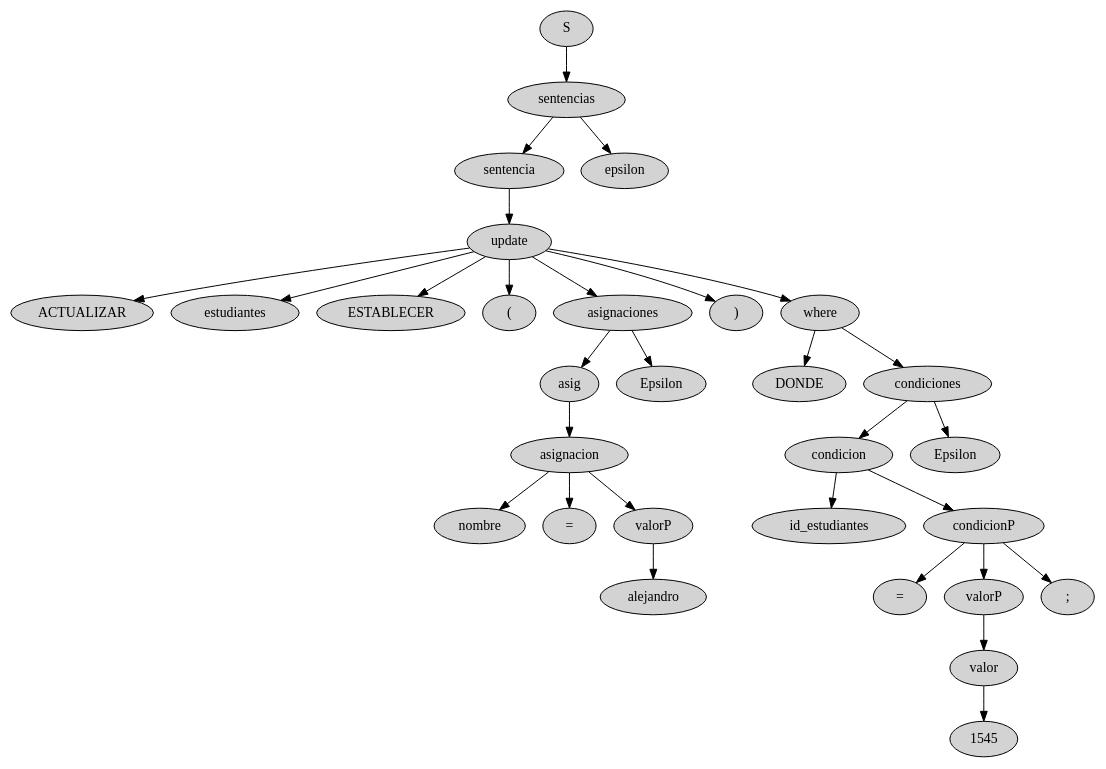
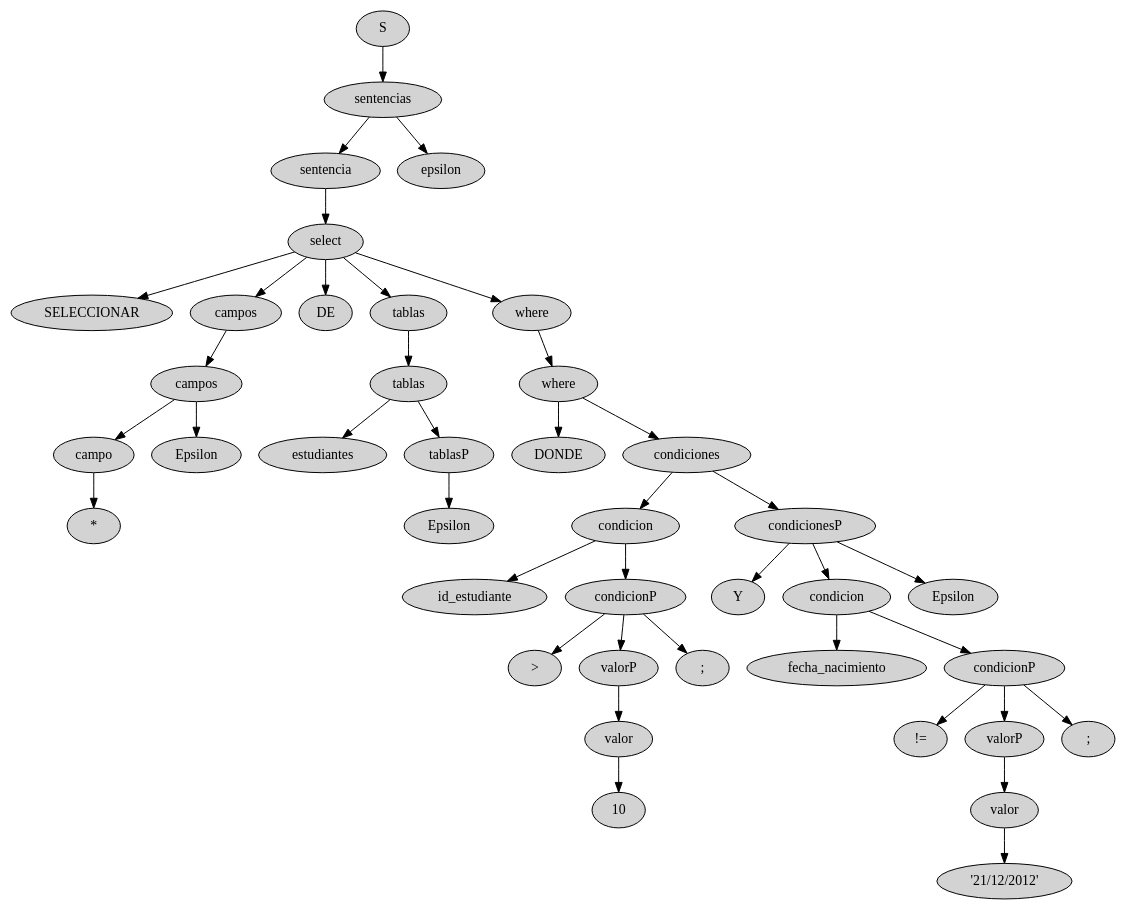
The diagram in Proyecto1/bin/Debug/_arbol.dot (AlexanderAvalos/OLC1_Poryecto1), drawn with Graphviz before and after one commit. The commit also changed 17 other files, not shown here.

```diff
--- a/Proyecto1/bin/Debug/_arbol.dot
+++ b/Proyecto1/bin/Debug/_arbol.dot
@@ -1,60 +1,80 @@
-digraph { 30[style = "filled" ; label = "S"] 
-28[style = "filled" ; label = "sentencias"] 
-29[style = "filled" ; label = "sentencia"] 
-1[style = "filled" ; label = "update"] 
-2[style = "filled" ; label = "ACTUALIZAR"] 
-3[style = "filled" ; label = "estudiantes"] 
-4[style = "filled" ; label = "ESTABLECER"] 
-5[style = "filled" ; label = "("] 
-12[style = "filled" ; label = "asignaciones"] 
-13[style = "filled" ; label = "asig"] 
-6[style = "filled" ; label = "asignacion"] 
-7[style = "filled" ; label = "nombre"] 
-8[style = "filled" ; label = "="] 
-9[style = "filled" ; label = "valorP"] 
-10[style = "filled" ; label = "alejandro"] 
+digraph { 40[style = "filled" ; label = "S"] 
+38[style = "filled" ; label = "sentencias"] 
+39[style = "filled" ; label = "sentencia"] 
+1[style = "filled" ; label = "select"] 
+2[style = "filled" ; label = "SELECCIONAR"] 
+7[style = "filled" ; label = "campos"] 
+5[style = "filled" ; label = "campos"] 
+6[style = "filled" ; label = "campo"] 
+3[style = "filled" ; label = "*"] 
+4[style = "filled" ; label = "Epsilon"] 
+8[style = "filled" ; label = "DE"] 
+13[style = "filled" ; label = "tablas"] 
+9[style = "filled" ; label = "tablas"] 
+10[style = "filled" ; label = "estudiantes"] 
+12[style = "filled" ; label = "tablasP"] 
 11[style = "filled" ; label = "Epsilon"] 
-14[style = "filled" ; label = ")"] 
-15[style = "filled" ; label = "where"] 
-16[style = "filled" ; label = "DONDE"] 
-26[style = "filled" ; label = "condiciones"] 
-17[style = "filled" ; label = "condicion"] 
-18[style = "filled" ; label = "id_estudiantes"] 
-19[style = "filled" ; label = "condicionP"] 
-20[style = "filled" ; label = "="] 
-22[style = "filled" ; label = "valorP"] 
-23[style = "filled" ; label = "valor"] 
-21[style = "filled" ; label = "1545"] 
-24[style = "filled" ; label = ";"] 
-25[style = "filled" ; label = "Epsilon"] 
-27[style = "filled" ; label = "epsilon"] 
-30->28; 
+36[style = "filled" ; label = "where"] 
+14[style = "filled" ; label = "where"] 
+15[style = "filled" ; label = "DONDE"] 
+35[style = "filled" ; label = "condiciones"] 
+16[style = "filled" ; label = "condicion"] 
+17[style = "filled" ; label = "id_estudiante"] 
+18[style = "filled" ; label = "condicionP"] 
+19[style = "filled" ; label = ">"] 
+21[style = "filled" ; label = "valorP"] 
+22[style = "filled" ; label = "valor"] 
+20[style = "filled" ; label = "10"] 
+23[style = "filled" ; label = ";"] 
+24[style = "filled" ; label = "condicionesP"] 
+25[style = "filled" ; label = "Y"] 
+26[style = "filled" ; label = "condicion"] 
+27[style = "filled" ; label = "fecha_nacimiento"] 
+28[style = "filled" ; label = "condicionP"] 
+29[style = "filled" ; label = "!="] 
+31[style = "filled" ; label = "valorP"] 
+32[style = "filled" ; label = "valor"] 
+30[style = "filled" ; label = "'21/12/2012'"] 
+33[style = "filled" ; label = ";"] 
+34[style = "filled" ; label = "Epsilon"] 
+37[style = "filled" ; label = "epsilon"] 
+40->38; 
+38->39; 
+39->1; 
+1->2; 
+1->7; 
+7->5; 
+5->6; 
+6->3; 
+5->4; 
+1->8; 
+1->13; 
+13->9; 
+9->10; 
+9->12; 
+12->11; 
+1->36; 
+36->14; 
+14->15; 
+14->35; 
+35->16; 
+16->17; 
+16->18; 
+18->19; 
+18->21; 
+21->22; 
+22->20; 
+18->23; 
+35->24; 
+24->25; 
+24->26; 
+26->27; 
+26->28; 
 28->29; 
-29->1; 
-1->2; 
-1->3; 
-1->4; 
-1->5; 
-1->12; 
-12->13; 
-13->6; 
-6->7; 
-6->8; 
-6->9; 
-9->10; 
-12->11; 
-1->14; 
-1->15; 
-15->16; 
-15->26; 
-26->17; 
-17->18; 
-17->19; 
-19->20; 
-19->22; 
-22->23; 
-23->21; 
-19->24; 
-26->25; 
-28->27; 
+28->31; 
+31->32; 
+32->30; 
+28->33; 
+24->34; 
+38->37; 
 }
```
